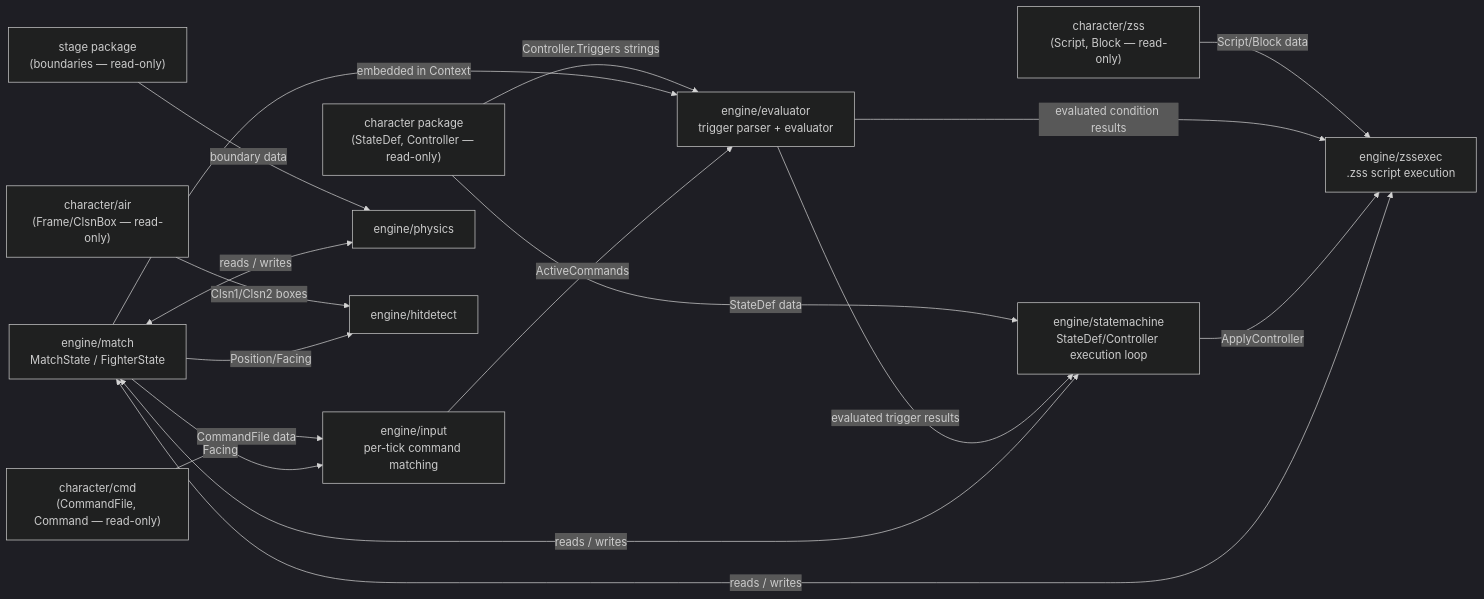
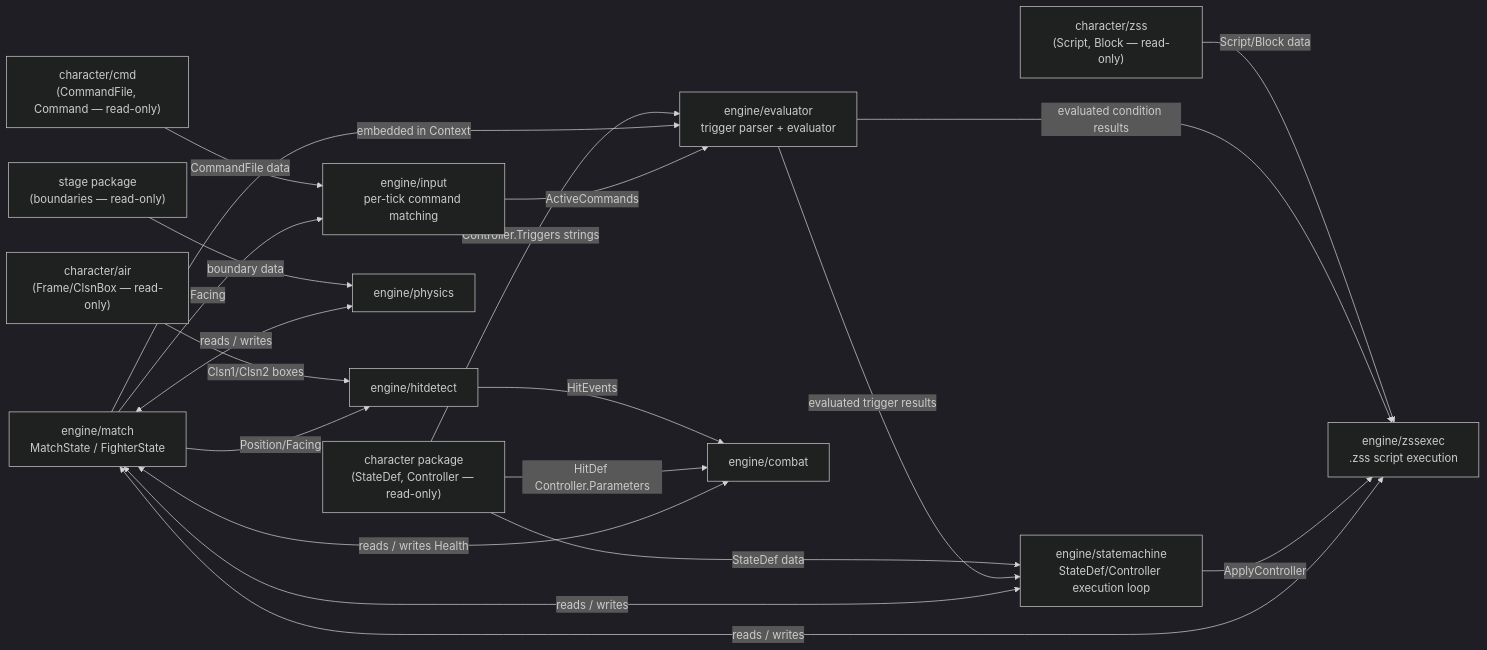
One commit to openkakutou/engine changed the second of 2 diagrams in docs/architecture.md. Above: the diagram before and after it, drawn with Mermaid (dark theme). The commit also changed other lines of this file and 9 other files, not shown here.

First line of the commit message:
feat: turn a detected hit into an actual match effect -- damage, a health floor, and a combo counter

````diff
--- a/docs/architecture.md
+++ b/docs/architecture.md
@@ -111,32 +124,36 @@
 ```mermaid
 flowchart LR
     character["character package<br/>(StateDef, Controller — read-only)"]
     characterzss["character/zss<br/>(Script, Block — read-only)"]
     charactercmd["character/cmd<br/>(CommandFile, Command — read-only)"]
     stage["stage package<br/>(boundaries — read-only)"]
     matchpkg["engine/match<br/>MatchState / FighterState"]
     evaluatorpkg["engine/evaluator<br/>trigger parser + evaluator"]
     statemachinepkg["engine/statemachine<br/>StateDef/Controller execution loop"]
     zssexecpkg["engine/zssexec<br/>.zss script execution"]
     inputpkg["engine/input<br/>per-tick command matching"]
     physics["engine/physics"]
     characterair["character/air<br/>(Frame/ClsnBox — read-only)"]
     hitdetect["engine/hitdetect"]
+    combat["engine/combat"]
 
     character -->|Controller.Triggers strings| evaluatorpkg
     character -->|StateDef data| statemachinepkg
     characterzss -->|Script/Block data| zssexecpkg
     charactercmd -->|CommandFile data| inputpkg
     stage -->|boundary data| physics
     matchpkg -->|embedded in Context| evaluatorpkg
     matchpkg -->|Facing| inputpkg
     inputpkg -->|ActiveCommands| evaluatorpkg
     evaluatorpkg -->|evaluated trigger results| statemachinepkg
     evaluatorpkg -->|evaluated condition results| zssexecpkg
     statemachinepkg -->|ApplyController| zssexecpkg
     matchpkg <-->|reads / writes| statemachinepkg
     matchpkg <-->|reads / writes| zssexecpkg
     matchpkg <-->|reads / writes| physics
     characterair -->|Clsn1/Clsn2 boxes| hitdetect
     matchpkg -->|Position/Facing| hitdetect
+    hitdetect -->|HitEvents| combat
+    character -->|HitDef Controller.Parameters| combat
+    matchpkg <-->|reads / writes Health| combat
 ```
````
